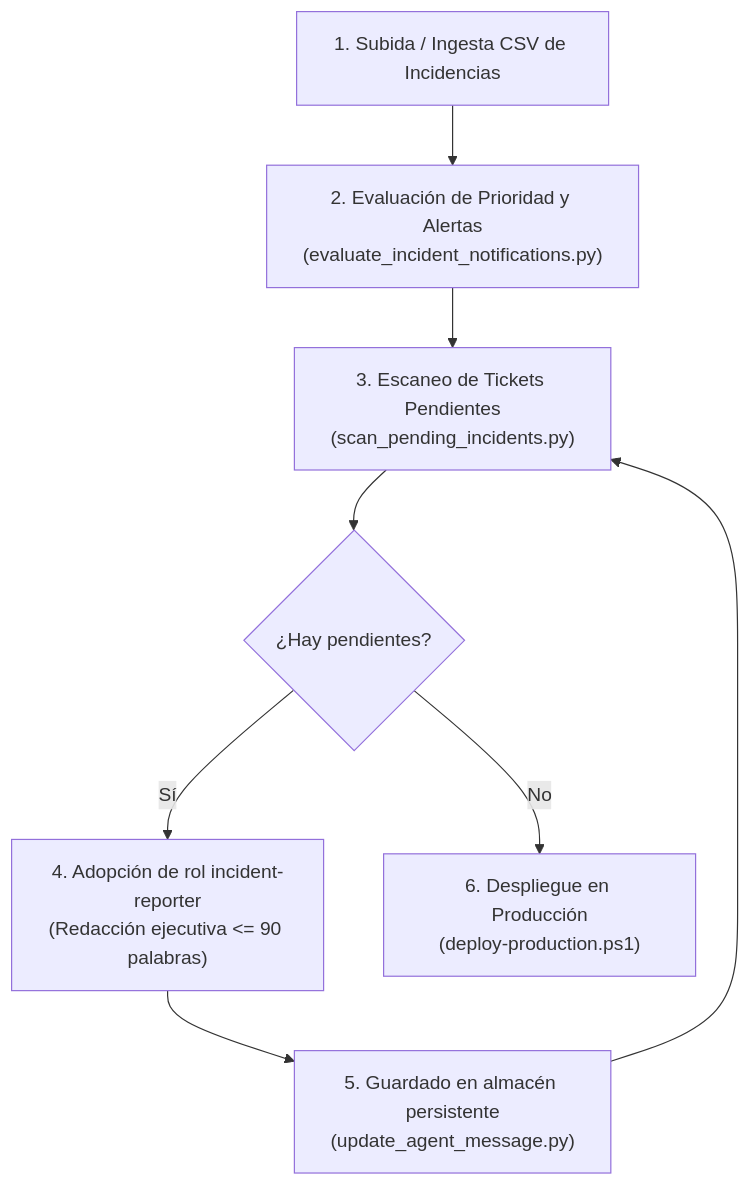
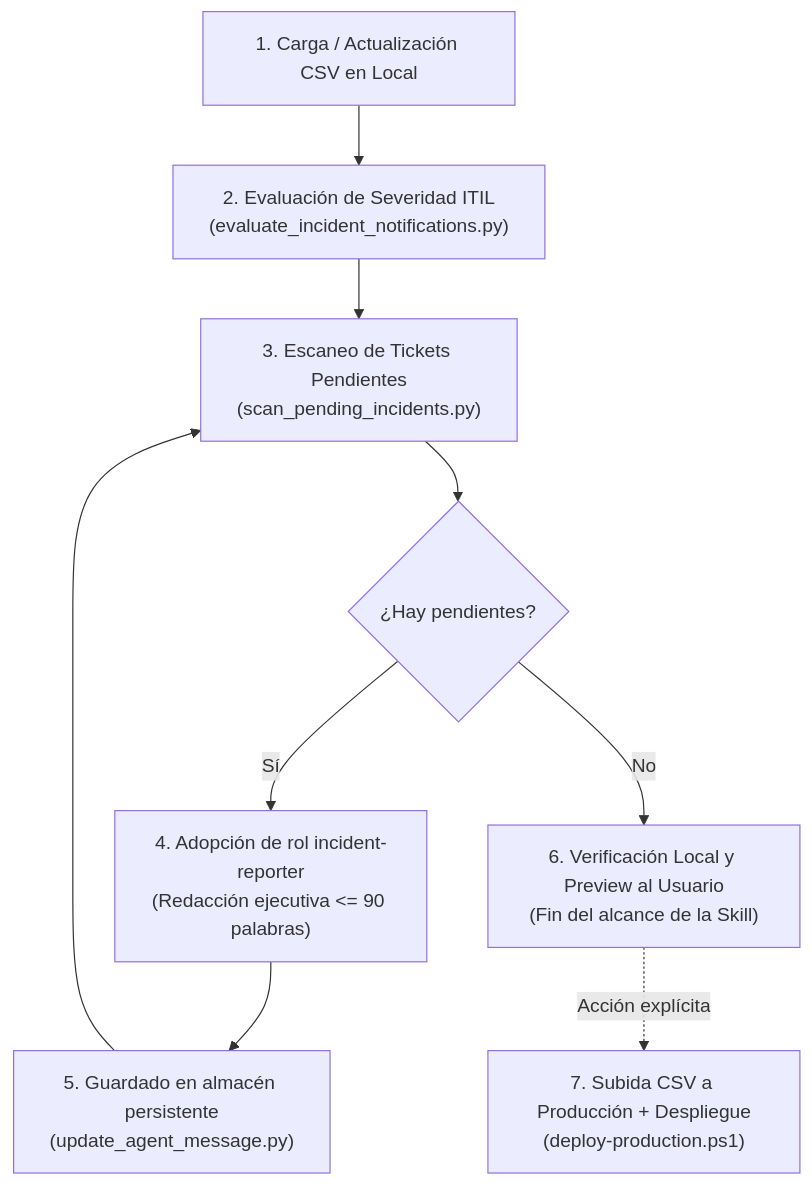
One commit to jfdelafuente/release-dashboard-application changed the diagram in .agents/skills/incident-executive-notifications/SKILL.md. Above: the diagram before and after it, drawn with Mermaid. The commit also changed other lines of this file and 2 other files, not shown here.

Commit message:
fix(skill): desacoplar despliegue de produccion de la skill y sincronizar agent_executive_messages en servidor

````diff
--- a/.agents/skills/incident-executive-notifications/SKILL.md
+++ b/.agents/skills/incident-executive-notifications/SKILL.md
@@ -29,10 +33,11 @@
 ```mermaid
 flowchart TD
-    A["1. Subida / Ingesta CSV de Incidencias"] --> B["2. Evaluación de Prioridad y Alertas<br/>(evaluate_incident_notifications.py)"]
+    A["1. Carga / Actualización CSV en Local"] --> B["2. Evaluación de Severidad ITIL<br/>(evaluate_incident_notifications.py)"]
     B --> C["3. Escaneo de Tickets Pendientes<br/>(scan_pending_incidents.py)"]
     C --> D{"¿Hay pendientes?"}
     D -- Sí --> E["4. Adopción de rol incident-reporter<br/>(Redacción ejecutiva <= 90 palabras)"]
     E --> F["5. Guardado en almacén persistente<br/>(update_agent_message.py)"]
     F --> C
-    D -- No --> G["6. Despliegue en Producción<br/>(deploy-production.ps1)"]
+    D -- No --> G["6. Verificación Local y Preview al Usuario<br/>(Fin del alcance de la Skill)"]
+    G -. "Acción explícita" .-> H["7. Subida CSV a Producción + Despliegue<br/>(deploy-production.ps1)"]
 ```
````
